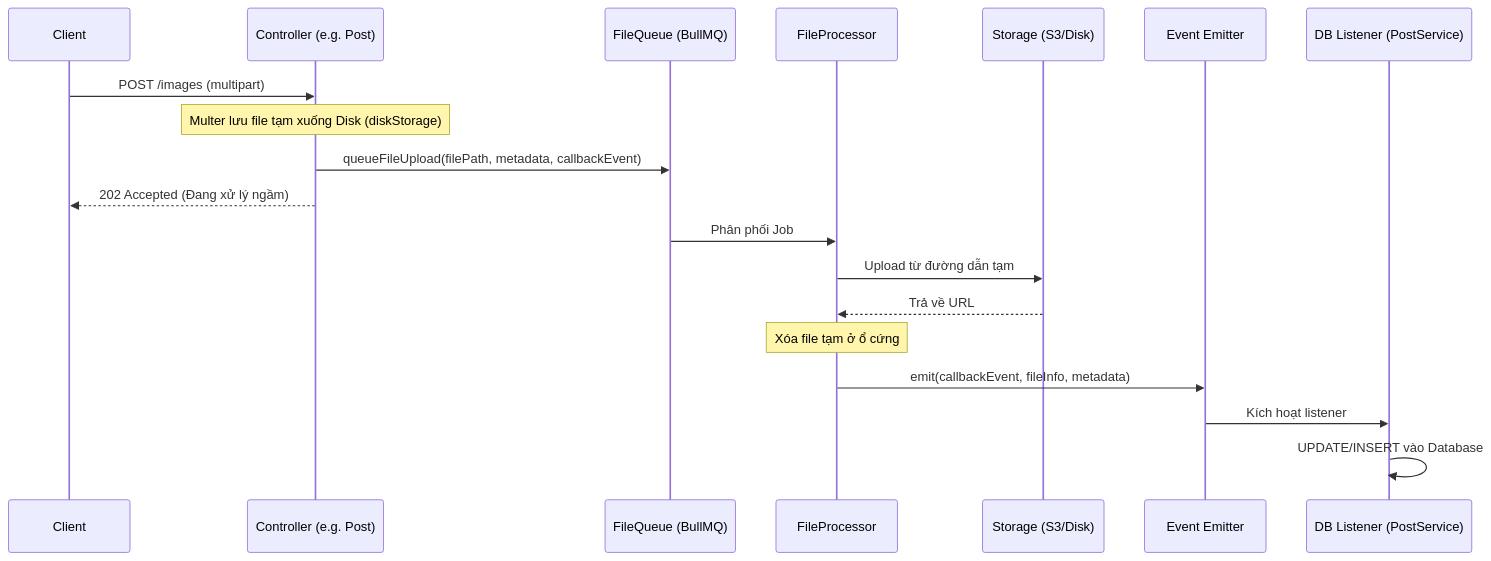
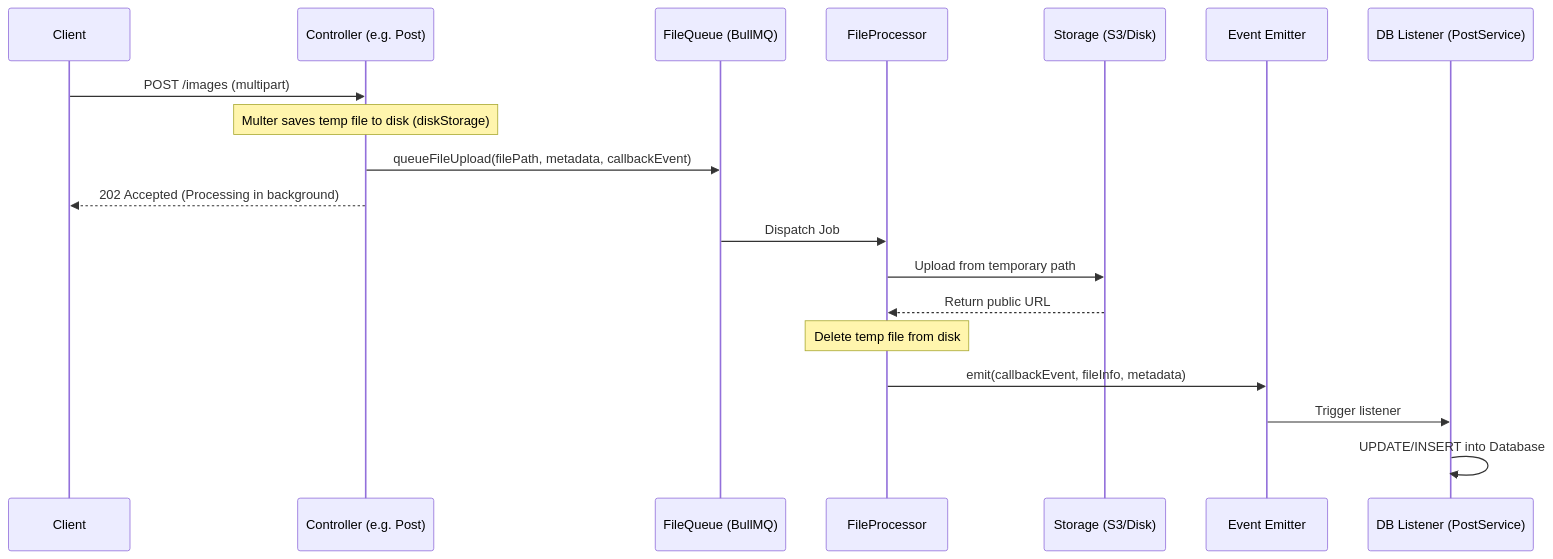
One commit to crodic/turborepo changed the diagram in docs/BACKGROUND_FILE_UPLOAD.md. Above: the diagram before and after it, drawn with Mermaid. The commit also changed other lines of this file and 13 other files, not shown here.

````diff
--- a/docs/BACKGROUND_FILE_UPLOAD.md
+++ b/docs/BACKGROUND_FILE_UPLOAD.md
@@ -16,24 +16,24 @@
 ```mermaid
 sequenceDiagram
     participant Client
     participant Controller (e.g. Post)
     participant FileQueue (BullMQ)
     participant FileProcessor
     participant Storage (S3/Disk)
     participant Event Emitter
     participant DB Listener (PostService)
 
     Client->>Controller (e.g. Post): POST /images (multipart)
-    Note over Controller (e.g. Post): Multer lưu file tạm xuống Disk (diskStorage)
+    Note over Controller (e.g. Post): Multer saves temp file to disk (diskStorage)
     Controller (e.g. Post)->>FileQueue (BullMQ): queueFileUpload(filePath, metadata, callbackEvent)
-    Controller (e.g. Post)-->>Client: 202 Accepted (Đang xử lý ngầm)
+    Controller (e.g. Post)-->>Client: 202 Accepted (Processing in background)
 
-    FileQueue (BullMQ)->>FileProcessor: Phân phối Job
-    FileProcessor->>Storage (S3/Disk): Upload từ đường dẫn tạm
-    Storage (S3/Disk)-->>FileProcessor: Trả về URL
-    Note over FileProcessor: Xóa file tạm ở ổ cứng
+    FileQueue (BullMQ)->>FileProcessor: Dispatch Job
+    FileProcessor->>Storage (S3/Disk): Upload from temporary path
+    Storage (S3/Disk)-->>FileProcessor: Return public URL
+    Note over FileProcessor: Delete temp file from disk
 
     FileProcessor->>Event Emitter: emit(callbackEvent, fileInfo, metadata)
-    Event Emitter->>DB Listener (PostService): Kích hoạt listener
-    DB Listener (PostService)->>DB Listener (PostService): UPDATE/INSERT vào Database
+    Event Emitter->>DB Listener (PostService): Trigger listener
+    DB Listener (PostService)->>DB Listener (PostService): UPDATE/INSERT into Database
 ```
````
